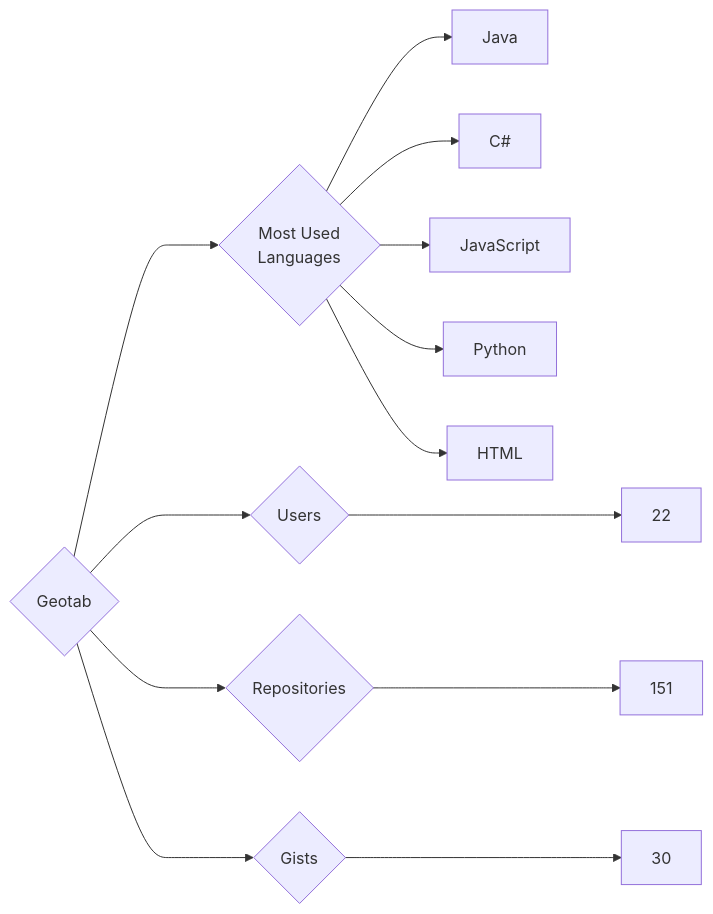
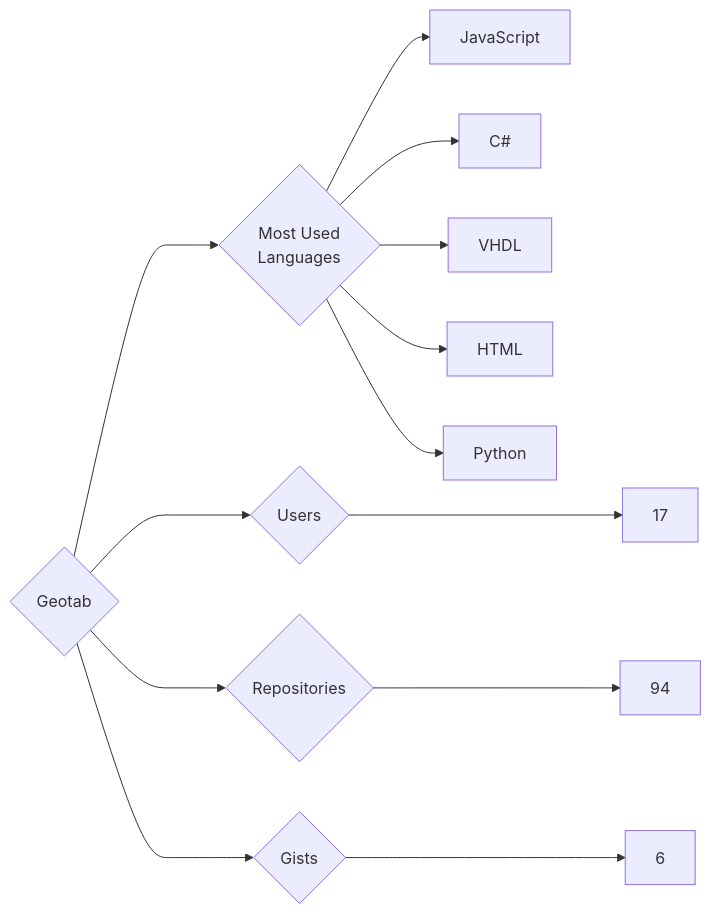
One commit to trickest/insiders changed the diagram in targets/Geotab/README.md. Above: the diagram before and after it, drawn with Mermaid. The commit also changed 953 other files, not shown here.

````diff
--- a/targets/Geotab/README.md
+++ b/targets/Geotab/README.md
@@ -3,13 +3,13 @@
 ```mermaid
 graph LR
 COMPANY_NAME{Geotab}
-COMPANY_NAME ---> U{Users} ---> UN[22]
-COMPANY_NAME ---> R{Repositories} ---> RN[151]
-COMPANY_NAME ---> G{Gists} ---> GN[30]
+COMPANY_NAME ---> U{Users} ---> UN[17]
+COMPANY_NAME ---> R{Repositories} ---> RN[94]
+COMPANY_NAME ---> G{Gists} ---> GN[6]
 COMPANY_NAME ---> ML{Most Used<br>Languages}
-ML --> Java[Java]
+ML --> JavaScript[JavaScript]
 ML --> C#[C#]
-ML --> JavaScript[JavaScript]
+ML --> VHDL[VHDL]
+ML --> HTML[HTML]
 ML --> Python[Python]
-ML --> HTML[HTML]
 ```
````
